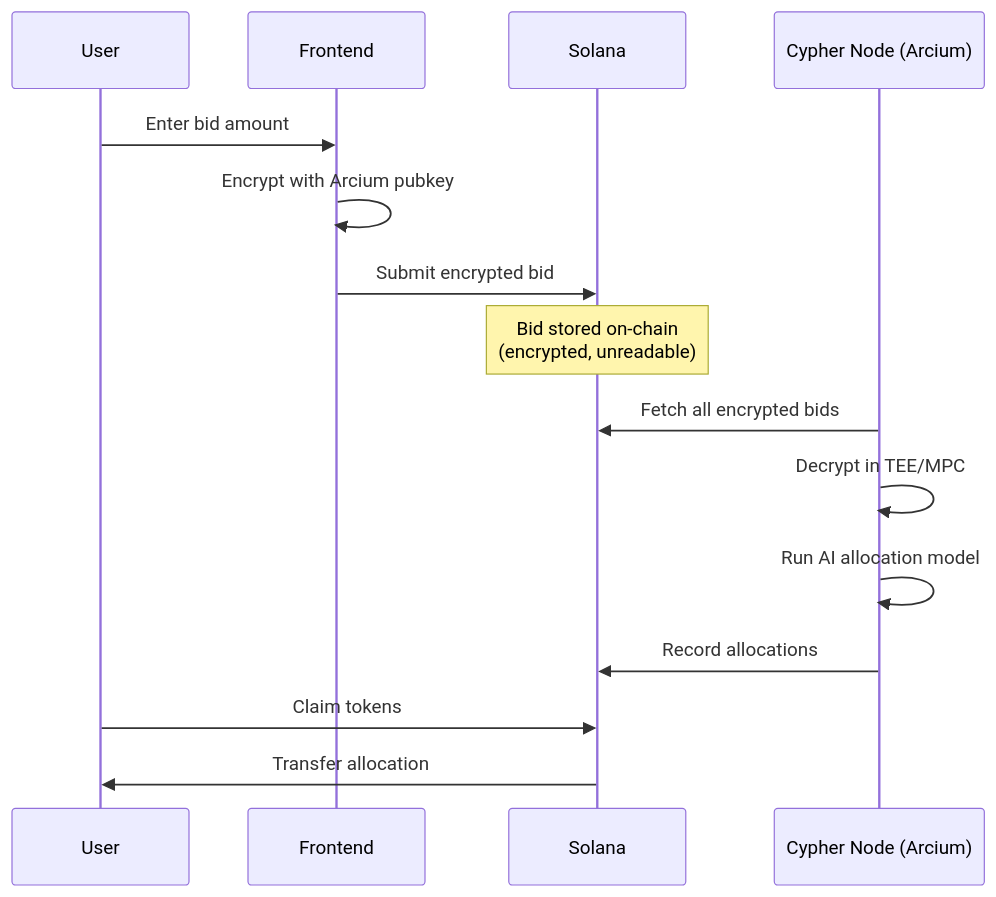
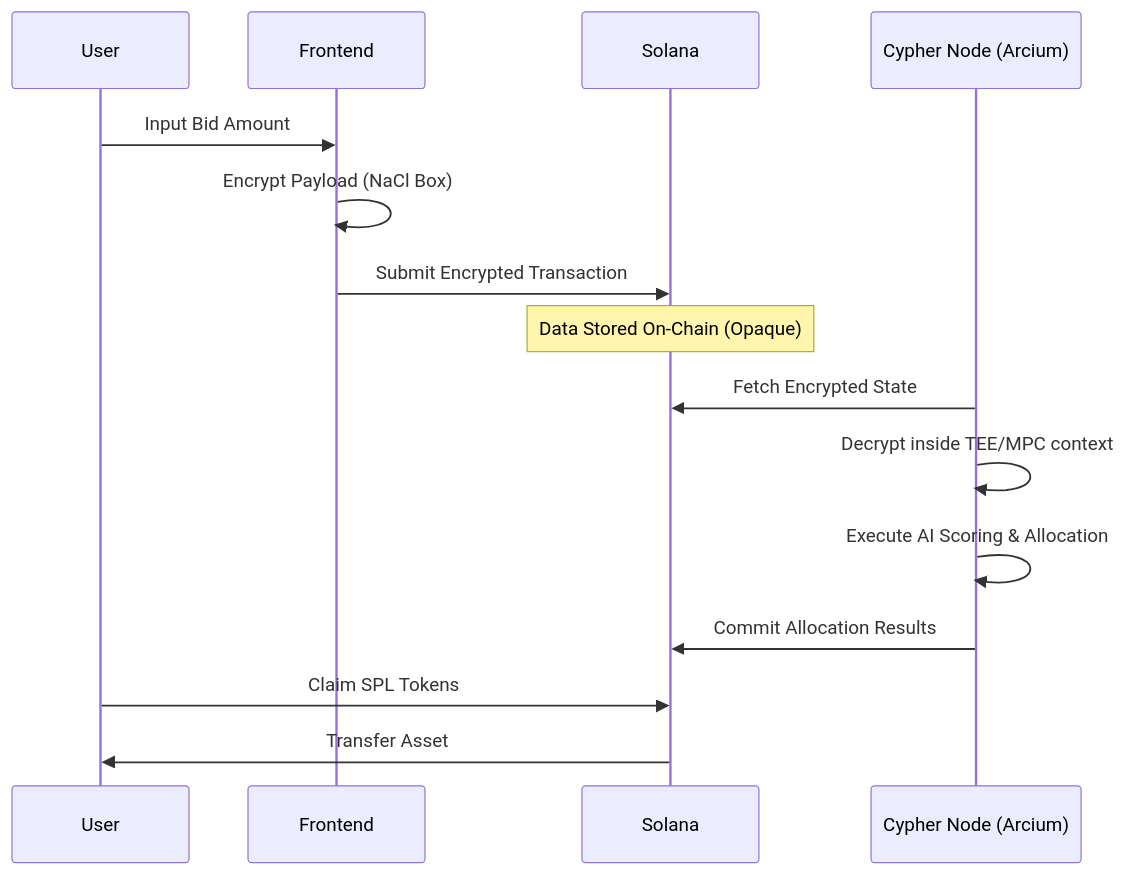
One commit to michealimuse777/Obsidian changed the diagram in README.md. Above: the diagram before and after it, drawn with Mermaid. The commit also changed other lines of this file, not shown here.

````diff
--- a/README.md
+++ b/README.md
@@ -68,21 +37,21 @@
 ```mermaid
 sequenceDiagram
     participant User
     participant Frontend
     participant Solana
     participant Arcium as Cypher Node (Arcium)
     
-    User->>Frontend: Enter bid amount
-    Frontend->>Frontend: Encrypt with Arcium pubkey
-    Frontend->>Solana: Submit encrypted bid
+    User->>Frontend: Input Bid Amount
+    Frontend->>Frontend: Encrypt Payload (NaCl Box)
+    Frontend->>Solana: Submit Encrypted Transaction
     
-    Note over Solana: Bid stored on-chain<br/>(encrypted, unreadable)
+    Note over Solana: Data Stored On-Chain (Opaque)
     
-    Arcium->>Solana: Fetch all encrypted bids
-    Arcium->>Arcium: Decrypt in TEE/MPC
-    Arcium->>Arcium: Run AI allocation model
-    Arcium->>Solana: Record allocations
+    Arcium->>Solana: Fetch Encrypted State
+    Arcium->>Arcium: Decrypt inside TEE/MPC context
+    Arcium->>Arcium: Execute AI Scoring & Allocation
+    Arcium->>Solana: Commit Allocation Results
     
-    User->>Solana: Claim tokens
-    Solana->>User: Transfer allocation
+    User->>Solana: Claim SPL Tokens
+    Solana->>User: Transfer Asset
 ```
````
